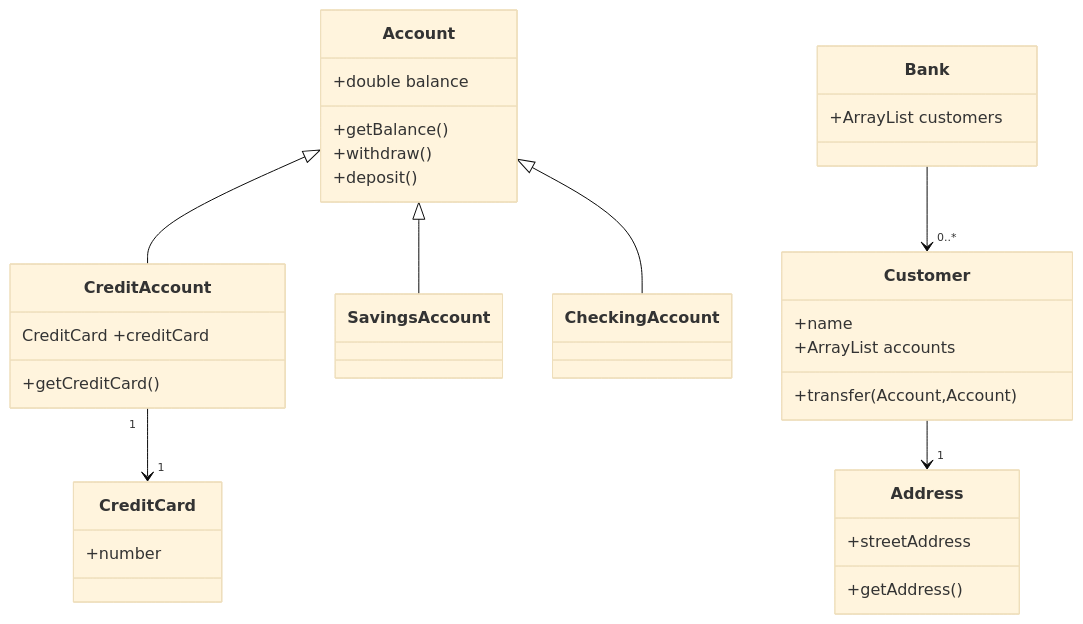
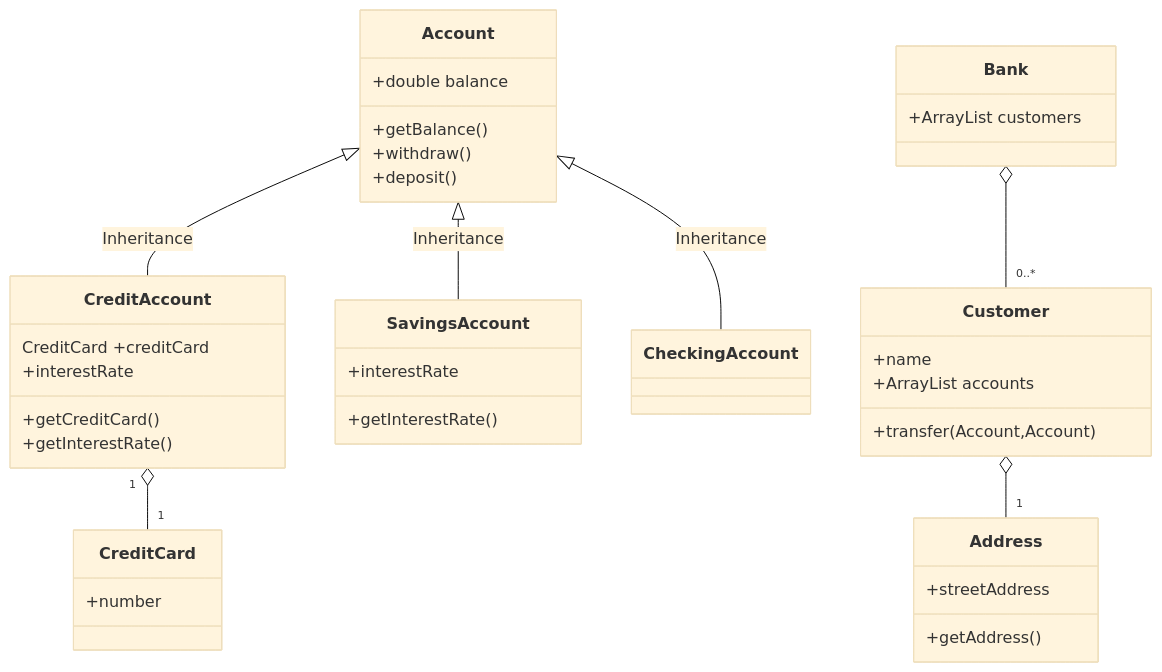
The diagram in Homeworks/Homework2/q2/q2.md (AdamCorbinFAUPhD/COP5339-Object-Oriented-Software-Design), drawn with Mermaid (base theme) before and after one commit.

Commit message:
Updating some UML connections to be more correct. Adding some more fields

````diff
--- a/Homeworks/Homework2/q2/q2.md
+++ b/Homeworks/Homework2/q2/q2.md
@@ -3,45 +3,49 @@
 ```mermaid
 classDiagram
 
 class CreditAccount
 CreditAccount : CreditCard +creditCard
 CreditAccount : +getCreditCard()
+CreditAccount : +getInterestRate()
+CreditAccount : +interestRate
 
 class CreditCard
 CreditCard: +number
 
-CreditAccount "1" --> "1" CreditCard
+CreditAccount "1" o-- "1" CreditCard
 
 class SavingsAccount
+SavingsAccount : +getInterestRate()
+SavingsAccount : +interestRate
 
 class CheckingAccount
 
 class Account
-Account <|-- CreditAccount
-Account <|-- SavingsAccount
-Account <|-- CheckingAccount
+Account <|-- CreditAccount : Inheritance
+Account <|-- SavingsAccount : Inheritance
+Account <|-- CheckingAccount : Inheritance
 Account : +double balance
 Account : +getBalance()
 Account : +withdraw()
 Account : +deposit()
 
 class Bank
 Bank : +ArrayList<Customer> customers
-Bank --> "0..*" Customer
+Bank o-- "0..*" Customer
 
 class Address
 Address: +streetAddress
 Address: +getAddress()
 
 
 class Customer
 Customer: +name
 Customer : +ArrayList<Account> accounts
 Customer: +transfer(Account,Account)
-Customer --> "1" Address 
+Customer o-- "1" Address 
 
 
 
 
 
 ```
````
